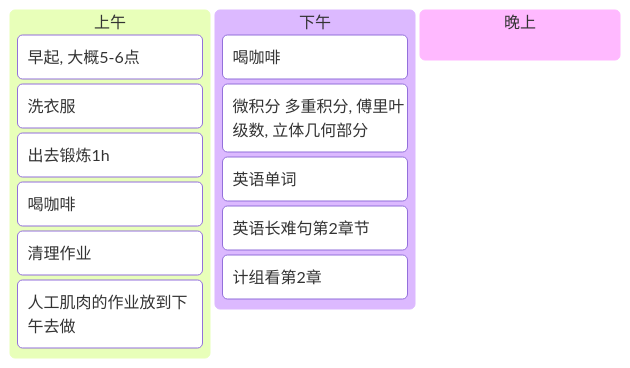
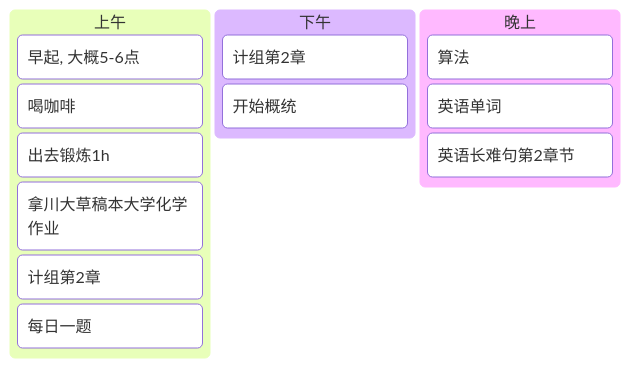
Before and after one commit to Sophomoresty/obsidian-notes: the second of 2 diagrams in 日记/规划.md, drawn with Mermaid. The commit also changed other lines of this file and 2 other files, not shown here.

Commit message:
手动更新 更新时间:2025-05-07-22-57

````diff
--- a/日记/规划.md
+++ b/日记/规划.md
@@ -95,17 +93,17 @@
  ```mermaid
 kanban
 [上午]
 	[早起, 大概5-6点]
-	[洗衣服]
+	[喝咖啡]
 	[出去锻炼1h]
-	[喝咖啡]
-	[清理作业]
-	[人工肌肉的作业放到下午去做]
+	[拿川大草稿本大学化学作业]
+	[计组第2章]
+	[每日一题]
 [下午]
-  	[喝咖啡]
-    [微积分 多重积分, 傅里叶级数, 立体几何部分 ]
-    [英语单词]
-    [英语长难句第2章节]
-    [计组看第2章]
+  	[计组第2章]
+    [开始概统]
 [晚上]
+	[算法]
+	[英语单词]
+	[英语长难句第2章节]
 ```
````
